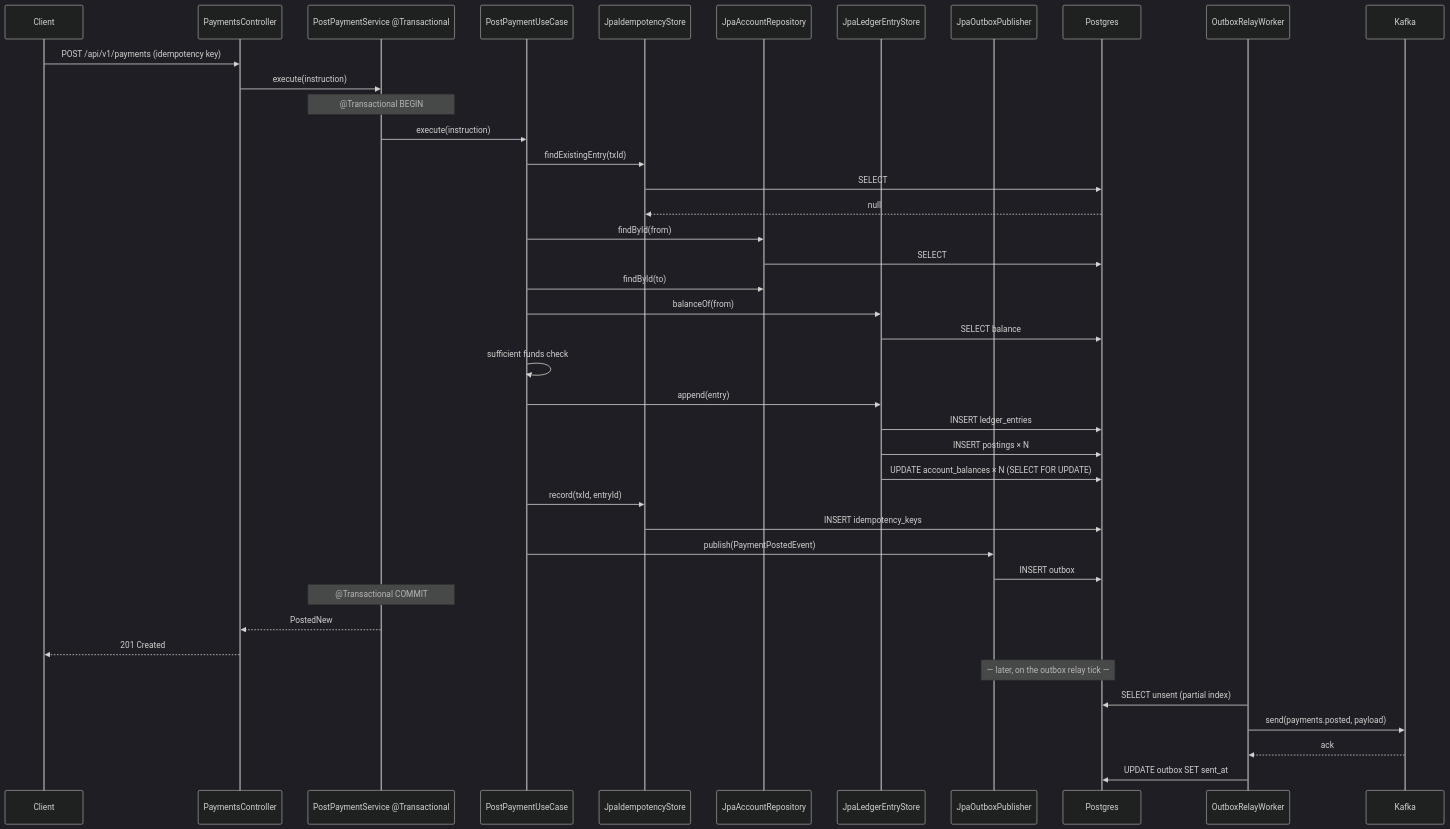
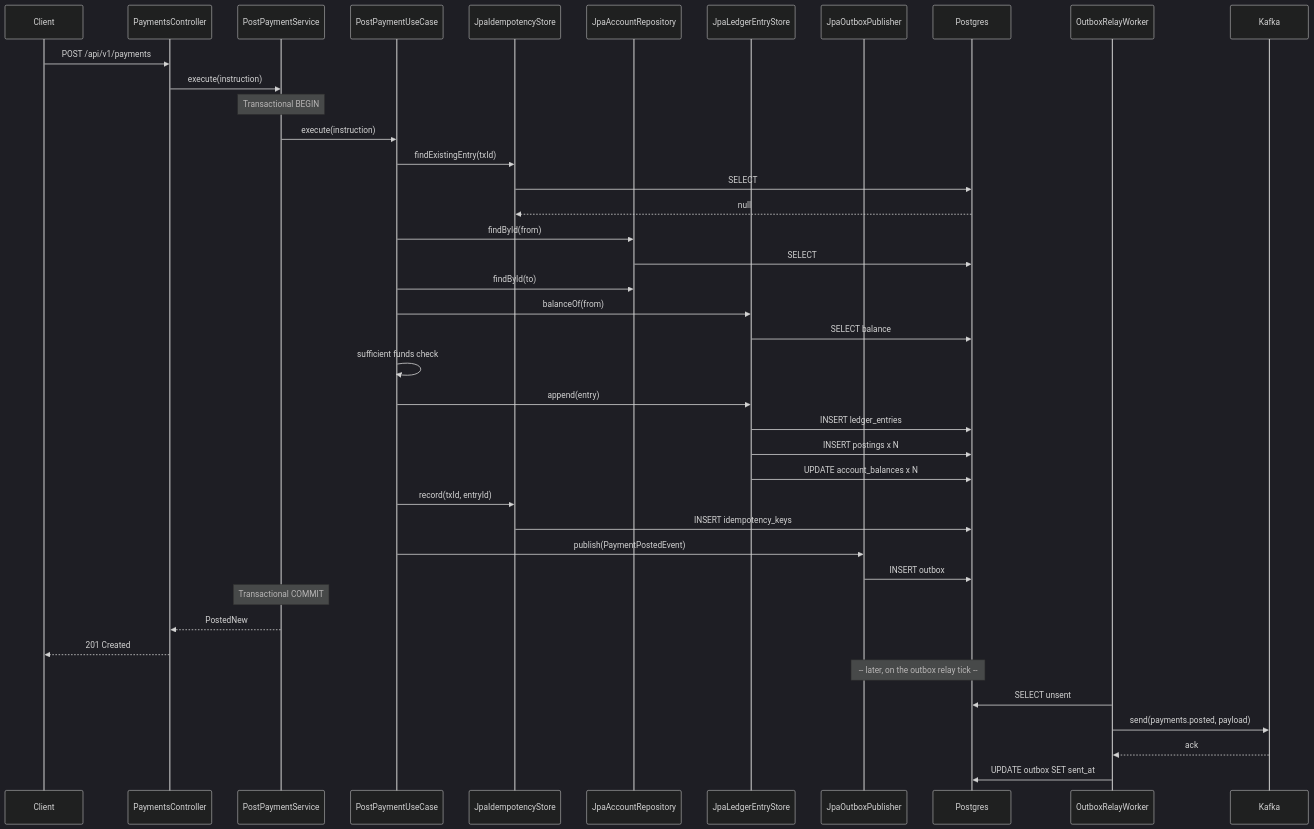
Before and after one commit to hafiz5007/payments-ledger-demo: the first of 2 diagrams in docs/architecture.md, drawn with Mermaid (dark theme). The commit also changed other lines of this file and 1 other file, not shown here.

Commit message:
Fix Mermaid diagrams — quote labels with special chars

````diff
--- a/docs/architecture.md
+++ b/docs/architecture.md
@@ -15,53 +15,53 @@
 ```mermaid
 sequenceDiagram
     participant Client
     participant API as PaymentsController
-    participant Service as PostPaymentService @Transactional
+    participant Service as PostPaymentService
     participant UseCase as PostPaymentUseCase
     participant Idem as JpaIdempotencyStore
     participant Accts as JpaAccountRepository
     participant Ledger as JpaLedgerEntryStore
     participant Outbox as JpaOutboxPublisher
     participant DB as Postgres
+    participant Relay as OutboxRelayWorker
+    participant Kafka
 
-    Client->>API: POST /api/v1/payments (idempotency key)
+    Client->>API: POST /api/v1/payments
     API->>Service: execute(instruction)
-    Note over Service: @Transactional BEGIN
+    Note over Service: Transactional BEGIN
 
     Service->>UseCase: execute(instruction)
     UseCase->>Idem: findExistingEntry(txId)
     Idem->>DB: SELECT
     DB-->>Idem: null
 
     UseCase->>Accts: findById(from)
     Accts->>DB: SELECT
     UseCase->>Accts: findById(to)
     UseCase->>Ledger: balanceOf(from)
     Ledger->>DB: SELECT balance
     UseCase->>UseCase: sufficient funds check
 
     UseCase->>Ledger: append(entry)
     Ledger->>DB: INSERT ledger_entries
-    Ledger->>DB: INSERT postings × N
-    Ledger->>DB: UPDATE account_balances × N (SELECT FOR UPDATE)
+    Ledger->>DB: INSERT postings x N
+    Ledger->>DB: UPDATE account_balances x N
 
     UseCase->>Idem: record(txId, entryId)
     Idem->>DB: INSERT idempotency_keys
 
     UseCase->>Outbox: publish(PaymentPostedEvent)
     Outbox->>DB: INSERT outbox
 
-    Note over Service: @Transactional COMMIT
+    Note over Service: Transactional COMMIT
 
     Service-->>API: PostedNew
     API-->>Client: 201 Created
 
-    Note over DB,Outbox: — later, on the outbox relay tick —
+    Note over DB,Outbox: -- later, on the outbox relay tick --
 
-    participant Relay as OutboxRelayWorker
-    participant Kafka
-    Relay->>DB: SELECT unsent (partial index)
+    Relay->>DB: SELECT unsent
     Relay->>Kafka: send(payments.posted, payload)
     Kafka-->>Relay: ack
     Relay->>DB: UPDATE outbox SET sent_at
 ```
````
